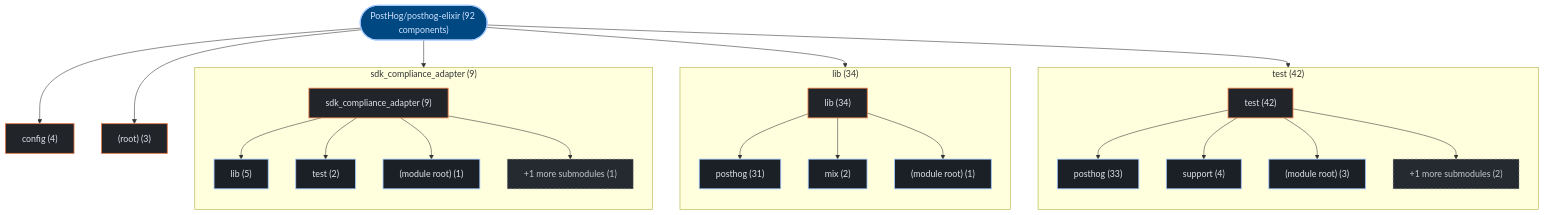
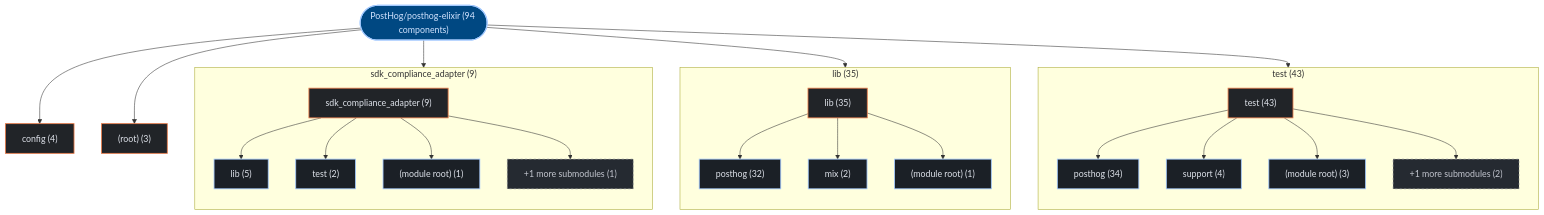
The first of 3 diagrams in exports/latest/reports/PostHog-posthog-elixir-report.md (kumarshaz/atruss-code-atlas), drawn with Mermaid before and after one commit. The commit also changed other lines of this file and 1613 other files, not shown here.

````diff
--- a/exports/latest/reports/PostHog-posthog-elixir-report.md
+++ b/exports/latest/reports/PostHog-posthog-elixir-report.md
@@ -42,52 +42,53 @@
 ```mermaid
 graph TD;
+    %% title: Building Block View — PostHog/posthog-elixir
   classDef atlasRoot fill:#004882,stroke:#a3c9ff,stroke-width:2px,color:#d3e4ff
   classDef atlasCategory fill:#212428,stroke:#E87A48,stroke-width:1.5px,color:#dfe3eb
   classDef atlasWorkflow fill:#1b2026,stroke:#a3c9ff,stroke-width:1.5px,color:#dfe3eb
   classDef atlasJob fill:#171c22,stroke:#8d9199,stroke-width:1px,color:#dfe3eb
   classDef atlasTarget fill:#005227,stroke:#8bd99b,stroke-width:1.5px,color:#a7f6b6
   classDef atlasAlert fill:#93000a,stroke:#ffb4ab,stroke-width:1.5px,color:#ffdad6
   classDef atlasMore fill:#252a31,stroke:#8d9199,stroke-dasharray:4 4,color:#c3c6cf
-    repo_root(["PostHog/posthog-elixir (92 components)"]):::atlasRoot
-    subgraph sg_dir_0_test["test (42)"]
+    repo_root(["PostHog/posthog-elixir (94 components)"]):::atlasRoot
+    subgraph sg_dir_0_test["test (43)"]
       direction TB
-      dir_0_test["test (42)"]:::atlasCategory
-      sub_0_0_posthog["posthog (33)"]:::atlasWorkflow
+      dir_0_test["test (43)"]:::atlasCategory
+      sub_0_0_posthog["posthog (34)"]:::atlasWorkflow
       dir_0_test --> sub_0_0_posthog
       sub_0_1_support["support (4)"]:::atlasWorkflow
       dir_0_test --> sub_0_1_support
       sub_0_2__module_root_["(module root) (3)"]:::atlasWorkflow
       dir_0_test --> sub_0_2__module_root_
       sub_0_more["+1 more submodules (2)"]:::atlasMore
       dir_0_test --> sub_0_more
     end
     repo_root --> dir_0_test
-    subgraph sg_dir_1_lib["lib (34)"]
+    subgraph sg_dir_1_lib["lib (35)"]
       direction TB
-      dir_1_lib["lib (34)"]:::atlasCategory
-      sub_1_0_posthog["posthog (31)"]:::atlasWorkflow
+      dir_1_lib["lib (35)"]:::atlasCategory
+      sub_1_0_posthog["posthog (32)"]:::atlasWorkflow
       dir_1_lib --> sub_1_0_posthog
       sub_1_1_mix["mix (2)"]:::atlasWorkflow
       dir_1_lib --> sub_1_1_mix
       sub_1_2__module_root_["(module root) (1)"]:::atlasWorkflow
       dir_1_lib --> sub_1_2__module_root_
     end
     repo_root --> dir_1_lib
     subgraph sg_dir_2_sdk_compliance_adapter["sdk_compliance_adapter (9)"]
       direction TB
       dir_2_sdk_compliance_adapter["sdk_compliance_adapter (9)"]:::atlasCategory
       sub_2_0_lib["lib (5)"]:::atlasWorkflow
       dir_2_sdk_compliance_adapter --> sub_2_0_lib
       sub_2_1_test["test (2)"]:::atlasWorkflow
       dir_2_sdk_compliance_adapter --> sub_2_1_test
       sub_2_2__module_root_["(module root) (1)"]:::atlasWorkflow
       dir_2_sdk_compliance_adapter --> sub_2_2__module_root_
       sub_2_more["+1 more submodules (1)"]:::atlasMore
       dir_2_sdk_compliance_adapter --> sub_2_more
     end
     repo_root --> dir_2_sdk_compliance_adapter
     dir_3_config["config (4)"]:::atlasCategory
     repo_root --> dir_3_config
     dir_4__root_["(root) (3)"]:::atlasCategory
     repo_root --> dir_4__root_
 ```
````
